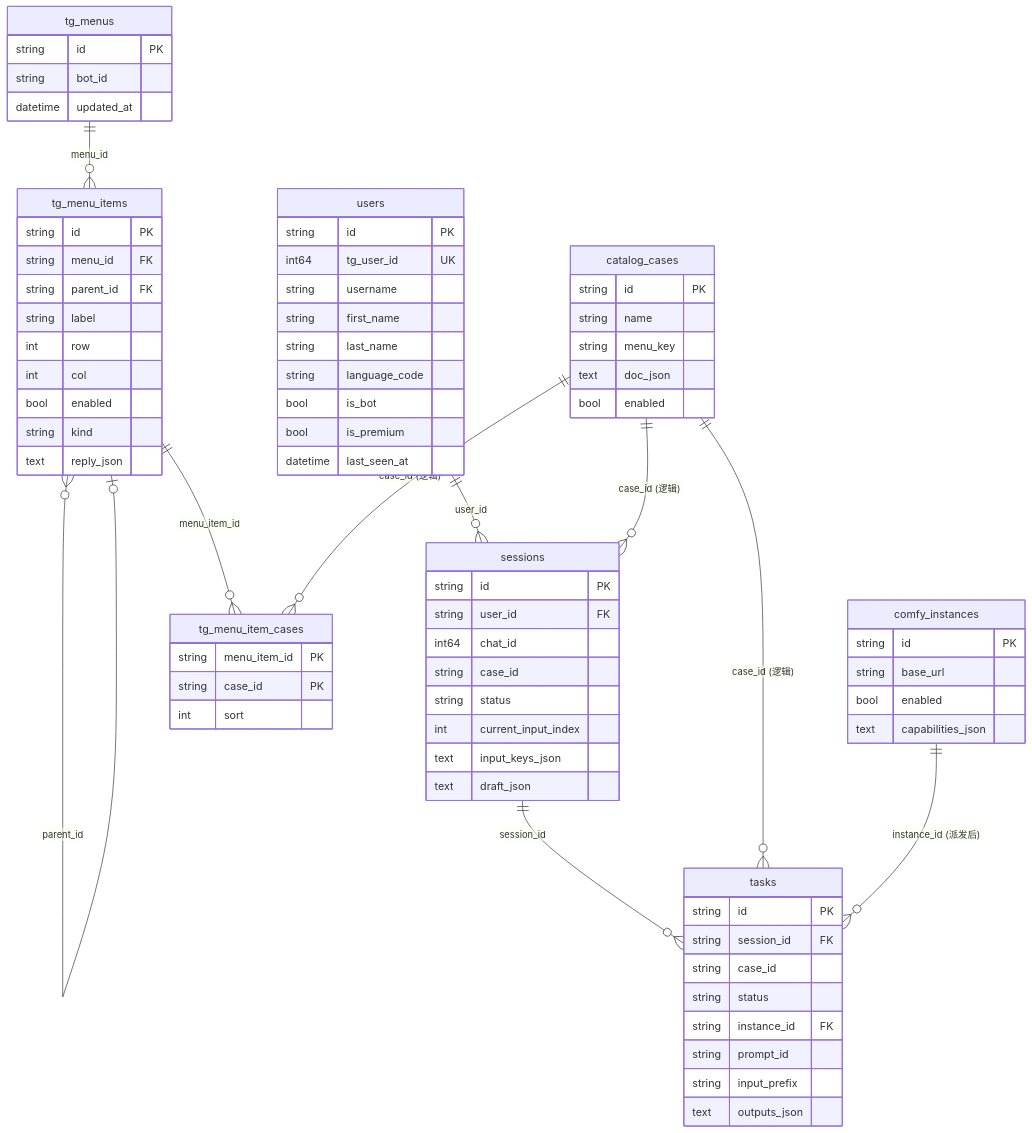
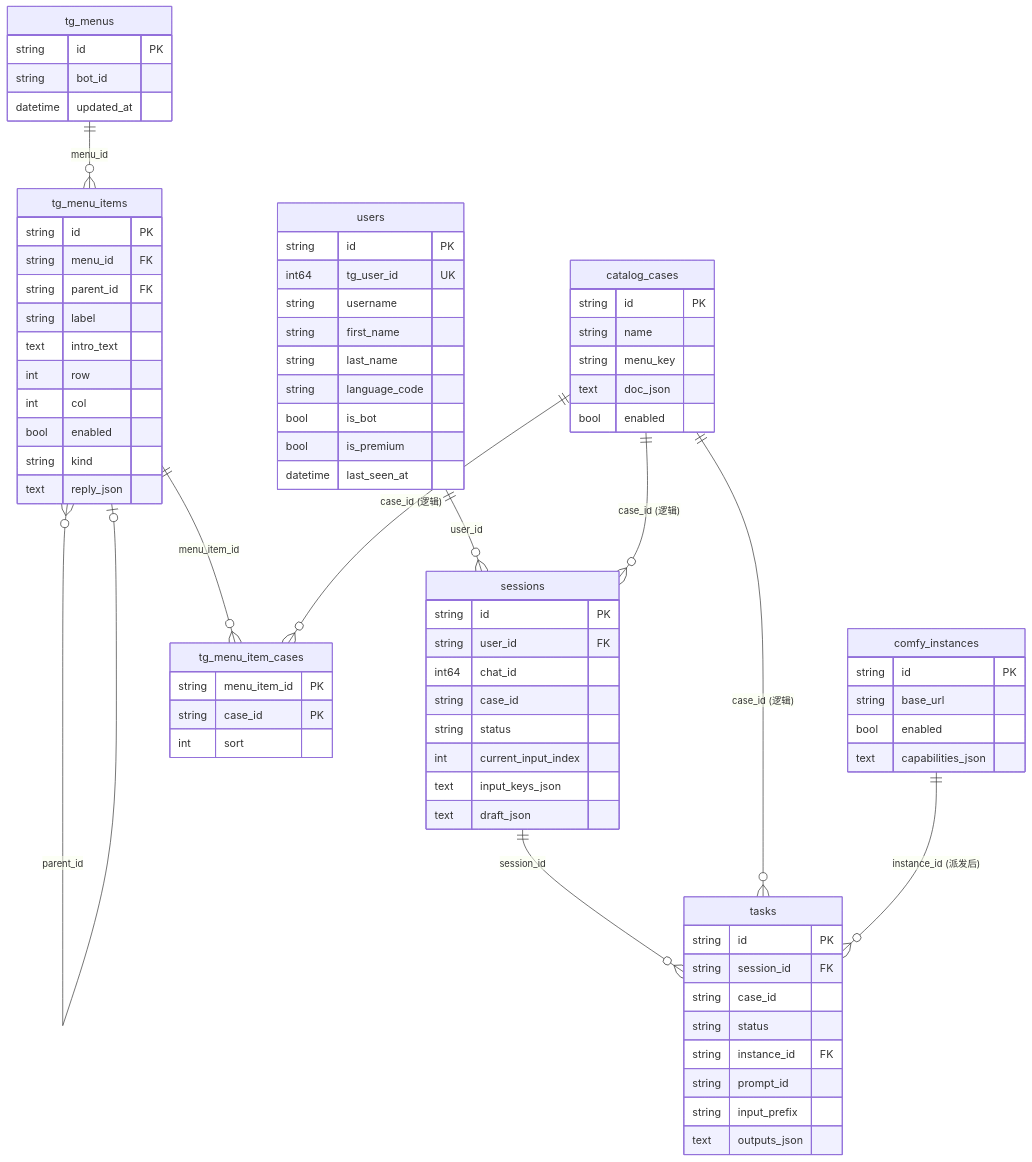
The first of 3 diagrams in docs/architecture/data-model.md (Mr9esx/Pixoma), drawn with Mermaid before and after one commit. The commit also changed other lines of this file and 2 other files, not shown here.

Commit message:
docs(architecture): note menu folder intro_text

```diff
--- a/docs/architecture/data-model.md
+++ b/docs/architecture/data-model.md
@@ -264,6 +265,7 @@
     string menu_id FK
     string parent_id FK
     string label
+    text intro_text
     int row
     int col
     bool enabled
```
